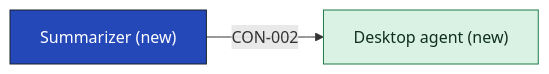
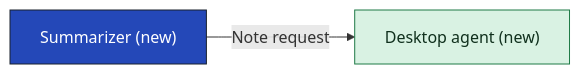
Before and after one commit to smalls257/vela: the diagram in tests/fixtures/team-skills/heron-plan/05-building-blocks/summarizer-building-blocks.md, drawn with Mermaid. The commit also changed other lines of this file and 56 other files, not shown here.

````diff
--- a/tests/fixtures/team-skills/heron-plan/05-building-blocks/summarizer-building-blocks.md
+++ b/tests/fixtures/team-skills/heron-plan/05-building-blocks/summarizer-building-blocks.md
@@ -63,10 +63,10 @@
 ```mermaid
 flowchart LR
   n_APP_desktop_agent["Desktop agent (new)"]
   n_APP_summarizer["Summarizer (new)"]
-  n_APP_summarizer -->|"CON-002"| n_APP_desktop_agent
+  n_APP_summarizer -->|"Note request"| n_APP_desktop_agent
   classDef focus fill:#2448b8,stroke:#19212d,color:#ffffff
   classDef new fill:#d9f2e3,stroke:#1e7a46,color:#10301d
   class n_APP_summarizer focus
   class n_APP_desktop_agent new
 ```
````
